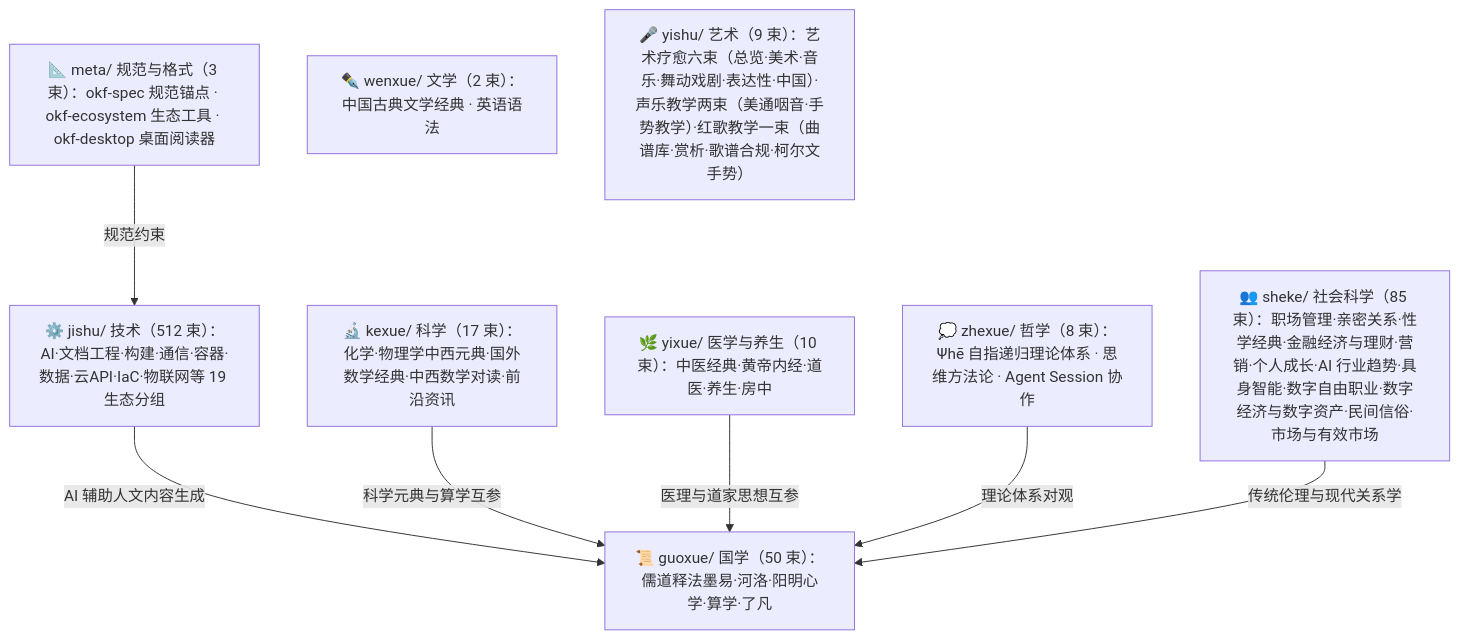
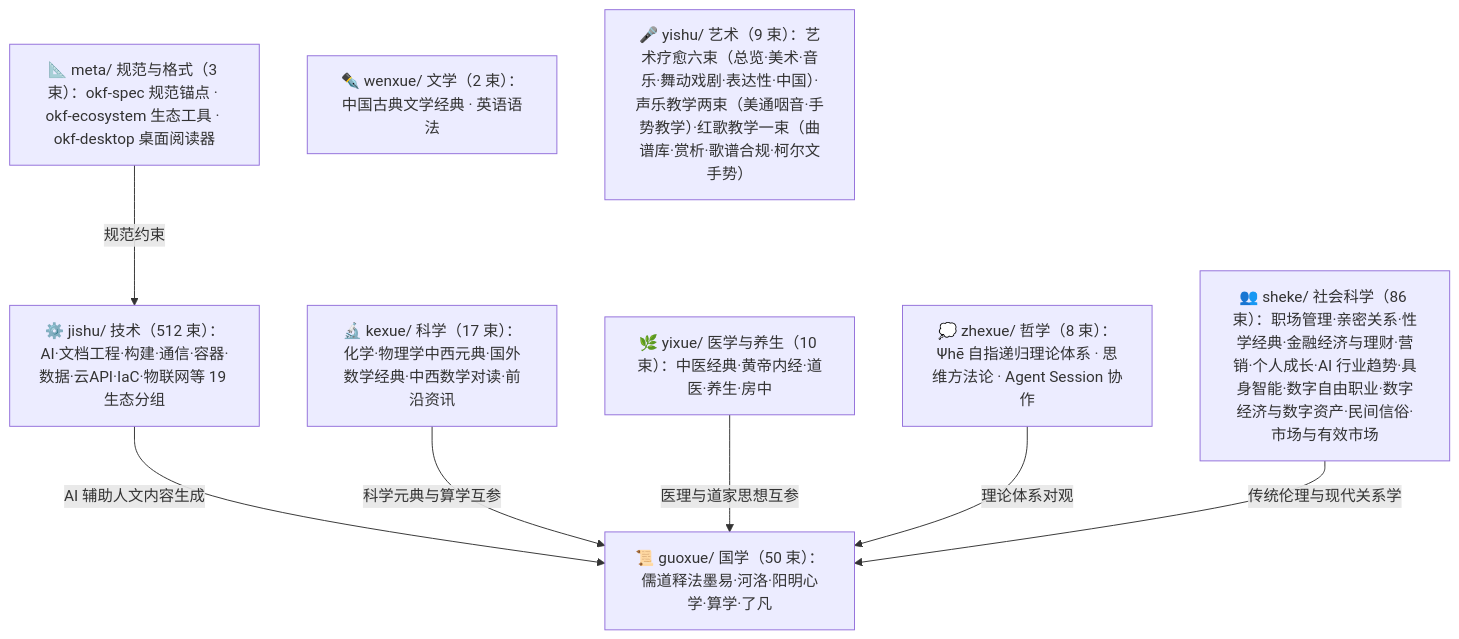
One commit to awesome-flexloop/awesome-okf changed the diagram in doc/bundles/index.md. Above: the diagram before and after it, drawn with Mermaid. The commit also changed other lines of this file and 13 other files, not shown here.

````diff
--- a/doc/bundles/index.md
+++ b/doc/bundles/index.md
@@ -21,18 +21,18 @@
 ```mermaid
 flowchart TD
     meta["📐 meta/ 规范与格式（3 束）：okf-spec 规范锚点 · okf-ecosystem 生态工具 · okf-desktop 桌面阅读器"]
     guoxue["📜 guoxue/ 国学（50 束）：儒道释法墨易·河洛·阳明心学·算学·了凡"]
     zhexue["💭 zhexue/ 哲学（8 束）：Ψhē 自指递归理论体系 · 思维方法论 · Agent Session 协作"]
     kexue["🔬 kexue/ 科学（17 束）：化学·物理学中西元典·国外数学经典·中西数学对读·前沿资讯"]
     wenxue["✒️ wenxue/ 文学（2 束）：中国古典文学经典 · 英语语法"]
     yixue["🌿 yixue/ 医学与养生（10 束）：中医经典·黄帝内经·道医·养生·房中"]
-    sheke["👥 sheke/ 社会科学（85 束）：职场管理·亲密关系·性学经典·金融经济与理财·营销·个人成长·AI 行业趋势·具身智能·数字自由职业·数字经济与数字资产·民间信俗·市场与有效市场"]
+    sheke["👥 sheke/ 社会科学（86 束）：职场管理·亲密关系·性学经典·金融经济与理财·营销·个人成长·AI 行业趋势·具身智能·数字自由职业·数字经济与数字资产·民间信俗·市场与有效市场"]
     yishu["🎤 yishu/ 艺术（9 束）：艺术疗愈六束（总览·美术·音乐·舞动戏剧·表达性·中国）·声乐教学两束（美通咽音·手势教学）·红歌教学一束（曲谱库·赏析·歌谱合规·柯尔文手势）"]
     jishu["⚙️ jishu/ 技术（512 束）：AI·文档工程·构建·通信·容器·数据·云API·IaC·物联网等 19 生态分组"]
     meta -->|"规范约束"| jishu
     jishu -->|"AI 辅助人文内容生成"| guoxue
     kexue -->|"科学元典与算学互参"| guoxue
     yixue -->|"医理与道家思想互参"| guoxue
     zhexue -->|"理论体系对观"| guoxue
     sheke -->|"传统伦理与现代关系学"| guoxue
 ```
````
